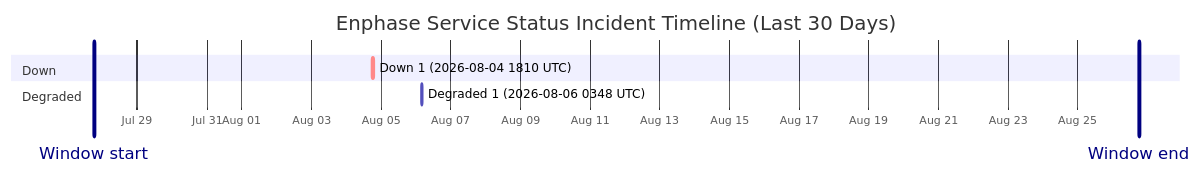
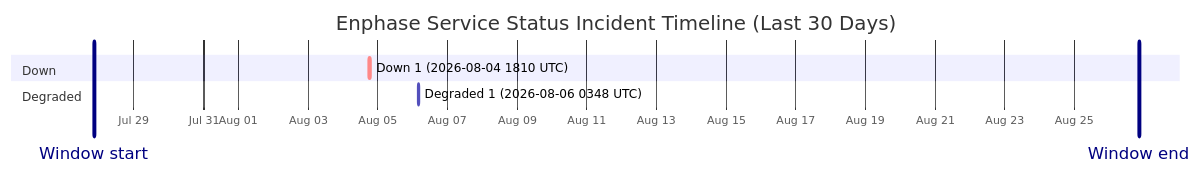
The diagram in wiki/Service-Status-History.md (barneyonline/ha-enphase-energy), drawn with Mermaid before and after one commit. The commit also changed other lines of this file and 3 other files, not shown here.

````diff
--- a/wiki/Service-Status-History.md
+++ b/wiki/Service-Status-History.md
@@ -14,12 +14,12 @@
 ```mermaid
 gantt
     title Enphase Service Status Incident Timeline (Last 30 Days)
     dateFormat  YYYY-MM-DDTHH:mm:ss
     axisFormat  %b %d
-    Window start :vert, window-start, 2026-07-27T18:14:43, 0ms
-    Window end :vert, window-end, 2026-08-26T18:14:43, 0ms
+    Window start :vert, window-start, 2026-07-27T20:32:55, 0ms
+    Window end :vert, window-end, 2026-08-26T20:32:55, 0ms
     section Down
     Down 1 (2026-08-04 1810 UTC) :crit, down-1, 2026-08-04T18:10:46, 60m
     section Degraded
     Degraded 1 (2026-08-06 0348 UTC) :active, degraded-1, 2026-08-06T03:48:14, 60m
 ```
````
